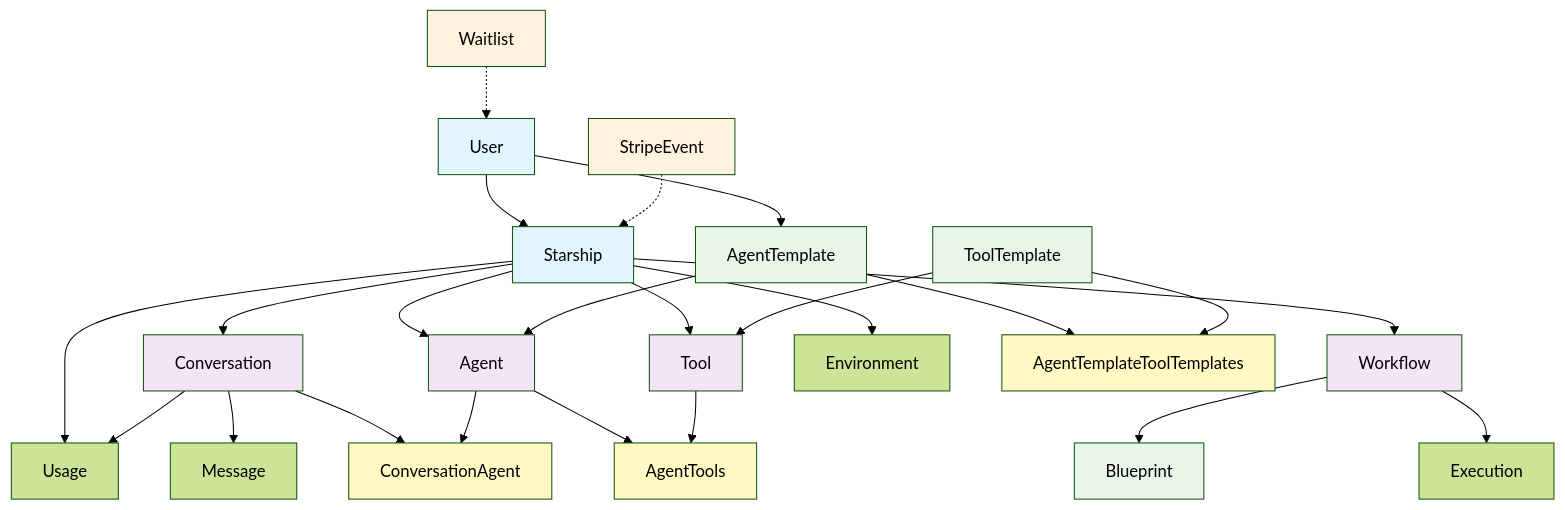
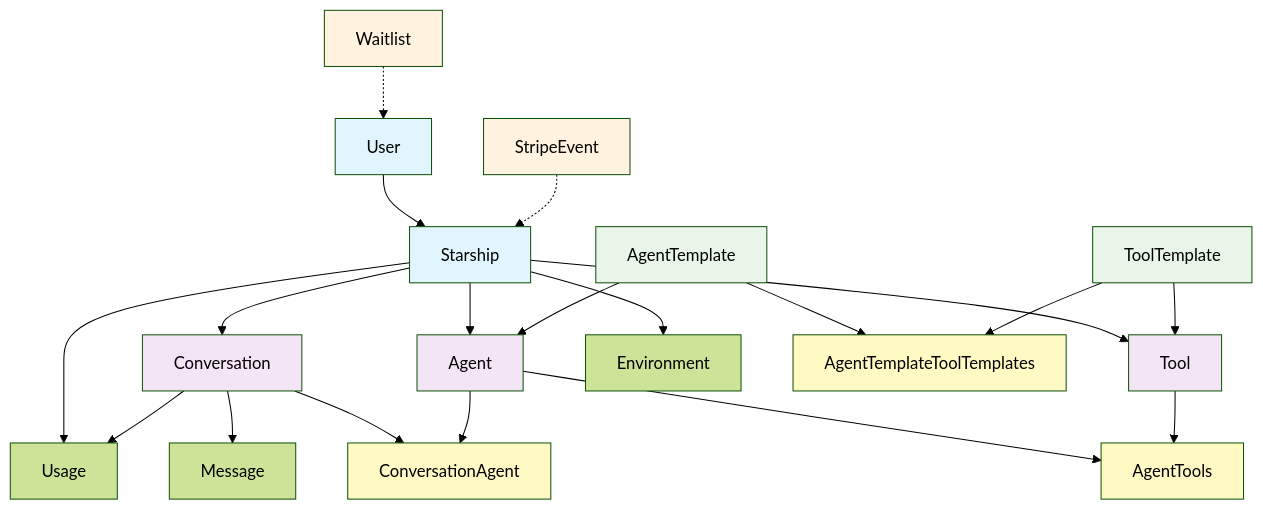
One commit to theingenuityco/starships.ai changed the second of 2 diagrams in docs/er-diagram.md. Above: the diagram before and after it, drawn with Mermaid (forest theme). The commit also changed other lines of this file and 2 other files, not shown here.

````diff
--- a/docs/er-diagram.md
+++ b/docs/er-diagram.md
@@ -273,51 +224,45 @@
 ```mermaid
 graph TD
     %% Core Entities
     U[User] --> S[Starship]
     S --> A[Agent]
     S --> T[Tool]
-    S --> W[Workflow]
     S --> C[Conversation]
     S --> E[Environment]
 
     %% Template System
-    U --> AT[AgentTemplate]
-    AT --> A
+    AT[AgentTemplate] --> A
     TT[ToolTemplate] --> T
 
     %% Conversation System
     C --> M[Message]
     C --> CA[ConversationAgent]
     A --> CA
-
-    %% Workflow System
-    W --> EX[Execution]
-    W --> B[Blueprint]
 
     %% Usage Tracking
     S --> US[Usage]
     C --> US
 
     %% Junction Tables
     A --> AGT[AgentTools]
     T --> AGT
     AT --> ATTT[AgentTemplateToolTemplates]
     TT --> ATTT
 
     %% Payment Integration
     SE[StripeEvent] -.-> S
     WL[Waitlist] -.-> U
 
     %% Styling
     classDef primary fill:#e1f5fe
     classDef secondary fill:#f3e5f5
     classDef system fill:#e8f5e8
     classDef junction fill:#fff9c4
     classDef integration fill:#fff3e0
 
     class U,S primary
-    class A,T,W,C secondary
-    class AT,TT,B system
+    class A,T,C secondary
+    class AT,TT system
     class AGT,ATTT,CA junction
     class SE,WL integration
 ```
````
